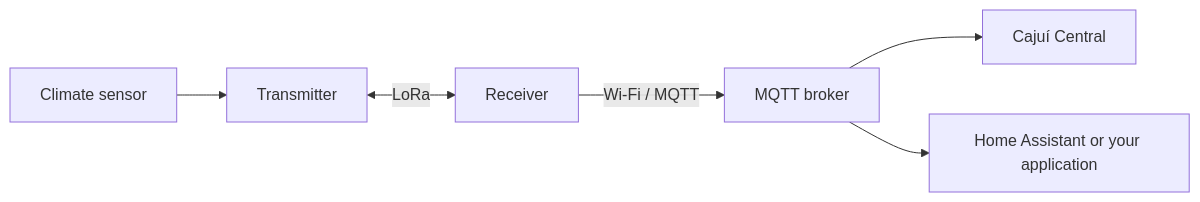
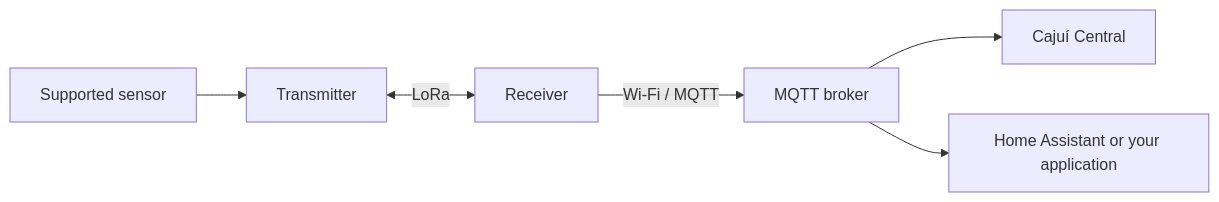
One commit to cajui/cajui-firmware changed the diagram in README.md. Above: the diagram before and after it, drawn with Mermaid. The commit also changed other lines of this file and 1 other file, not shown here.

First line of the commit message:
docs: clarify the low-power sensor network vision

````diff
--- a/README.md
+++ b/README.md
@@ -14,8 +25,8 @@
 ```mermaid
 flowchart LR
-    S[Climate sensor] --> T[Transmitter]
+    S[Supported sensor] --> T[Transmitter]
     T <-->|LoRa| R[Receiver]
     R -->|Wi-Fi / MQTT| B[MQTT broker]
     B --> C[Cajuí Central]
     B --> H[Home Assistant or your application]
 ```
````
